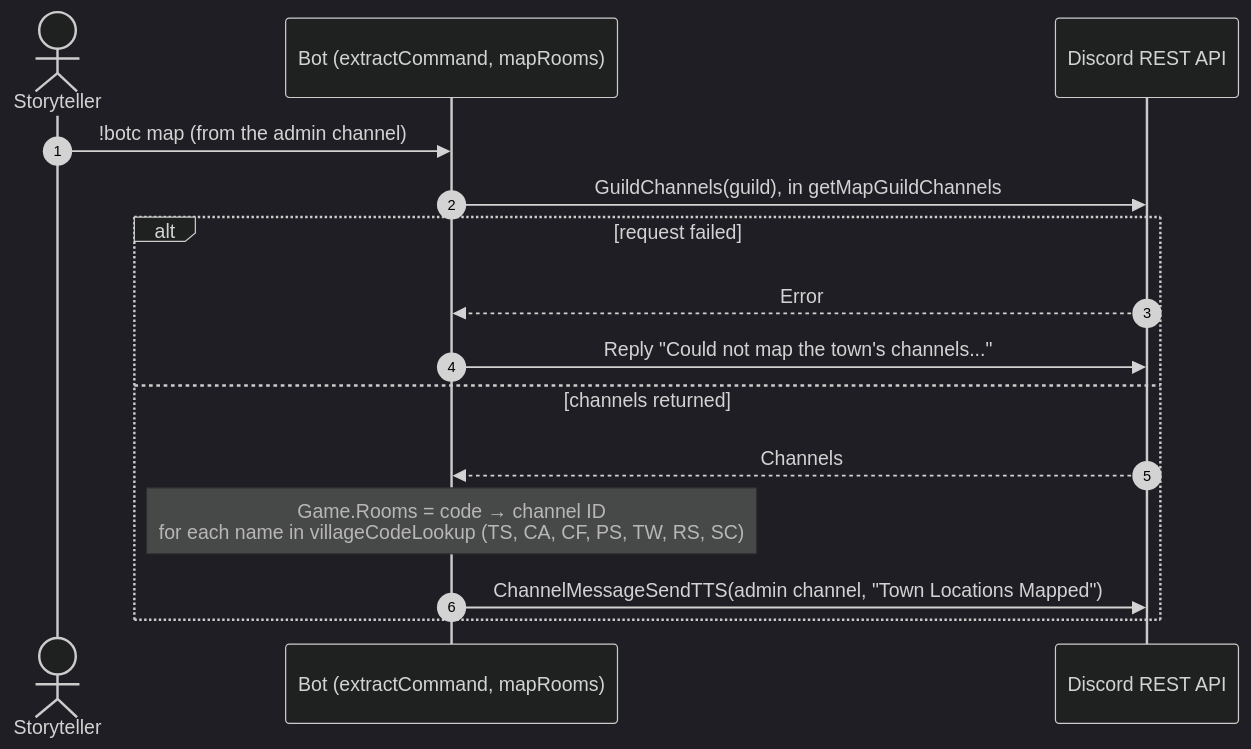
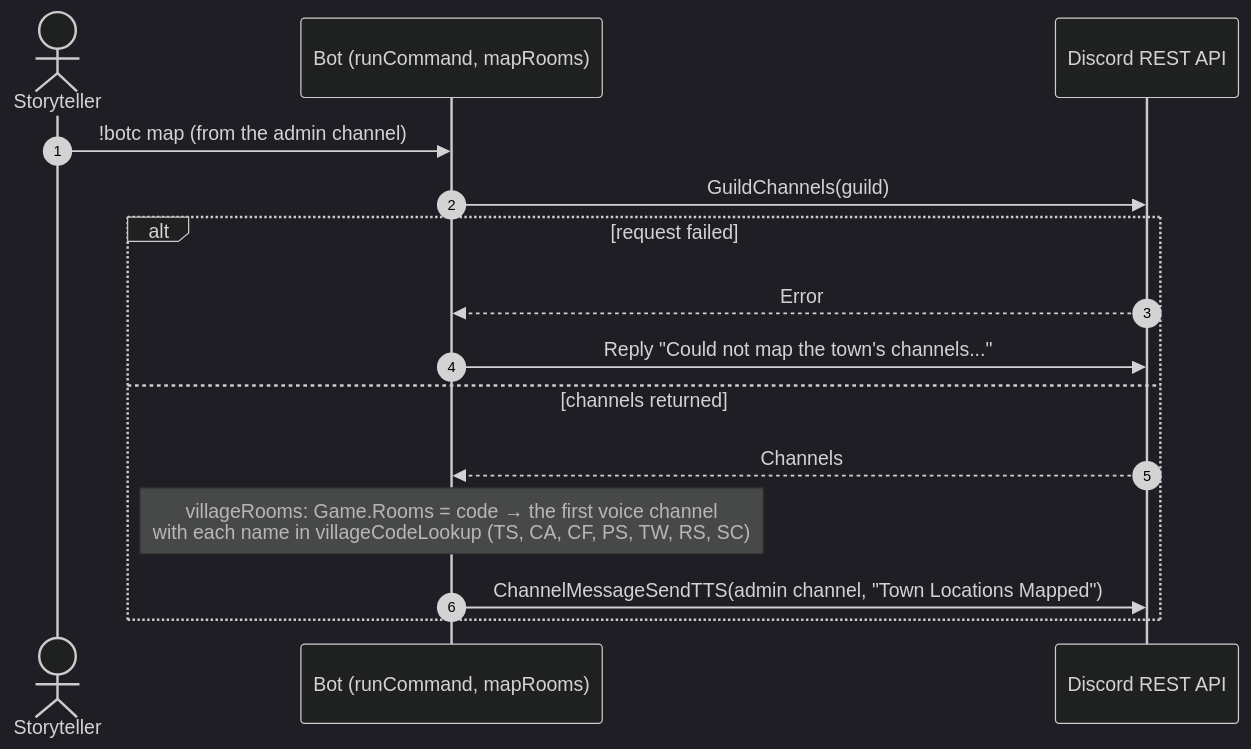
One commit to RAGNOARAKNOS/BotOnTheClocktower changed the fifth of 6 diagrams in docs/uml/game-lifecycle.md. Above: the diagram before and after it, drawn with Mermaid (dark theme). The commit also changed other lines of this file and 33 other files, not shown here.

````diff
--- a/docs/uml/game-lifecycle.md
+++ b/docs/uml/game-lifecycle.md
@@ -135,18 +135,18 @@
 ```mermaid
 sequenceDiagram
     autonumber
     actor ST as Storyteller
-    participant Bot as Bot (extractCommand, mapRooms)
+    participant Bot as Bot (runCommand, mapRooms)
     participant REST as Discord REST API
 
     ST->>Bot: !botc map (from the admin channel)
-    Bot->>REST: GuildChannels(guild), in getMapGuildChannels
+    Bot->>REST: GuildChannels(guild)
     alt request failed
         REST-->>Bot: Error
         Bot->>REST: Reply "Could not map the town's channels..."
     else channels returned
         REST-->>Bot: Channels
-        Note over Bot: Game.Rooms = code → channel ID<br/>for each name in villageCodeLookup (TS, CA, CF, PS, TW, RS, SC)
+        Note over Bot: villageRooms: Game.Rooms = code → the first voice channel<br/>with each name in villageCodeLookup (TS, CA, CF, PS, TW, RS, SC)
         Bot->>REST: ChannelMessageSendTTS(admin channel, "Town Locations Mapped")
     end
 ```
````
